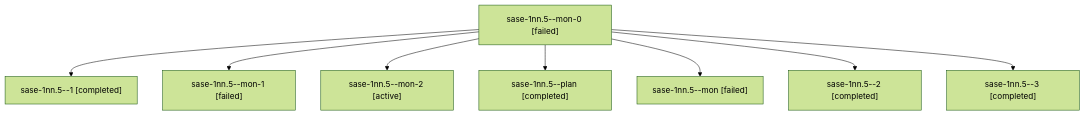
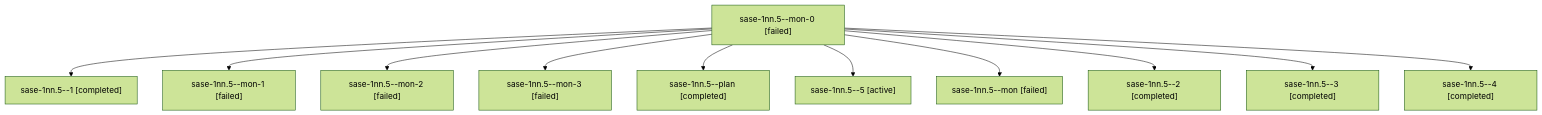
Before and after one commit to sase-org/sase--agents: the diagram in sessions/bbugyi200.athena.sase-1nn.5.md, drawn with Mermaid (forest theme). The commit also changed other lines of this file and 88 other files, not shown here.

````diff
--- a/sessions/bbugyi200.athena.sase-1nn.5.md
+++ b/sessions/bbugyi200.athena.sase-1nn.5.md
@@ -9,18 +9,24 @@
 ```mermaid
 flowchart TD
   n0["sase-1nn.5--mon-0 [failed]"]
   n1["sase-1nn.5--1 [completed]"]
   n0 --> n1
   n2["sase-1nn.5--mon-1 [failed]"]
   n0 --> n2
-  n3["sase-1nn.5--mon-2 [active]"]
+  n3["sase-1nn.5--mon-2 [failed]"]
   n0 --> n3
-  n4["sase-1nn.5--plan [completed]"]
+  n4["sase-1nn.5--mon-3 [failed]"]
   n0 --> n4
-  n5["sase-1nn.5--mon [failed]"]
+  n5["sase-1nn.5--plan [completed]"]
   n0 --> n5
-  n6["sase-1nn.5--2 [completed]"]
+  n6["sase-1nn.5--5 [active]"]
   n0 --> n6
-  n7["sase-1nn.5--3 [completed]"]
+  n7["sase-1nn.5--mon [failed]"]
   n0 --> n7
+  n8["sase-1nn.5--2 [completed]"]
+  n0 --> n8
+  n9["sase-1nn.5--3 [completed]"]
+  n0 --> n9
+  n10["sase-1nn.5--4 [completed]"]
+  n0 --> n10
 ```
````
